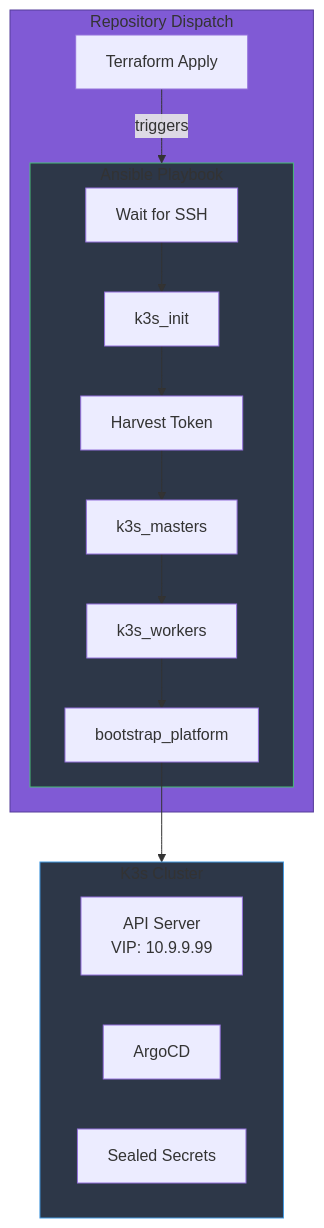
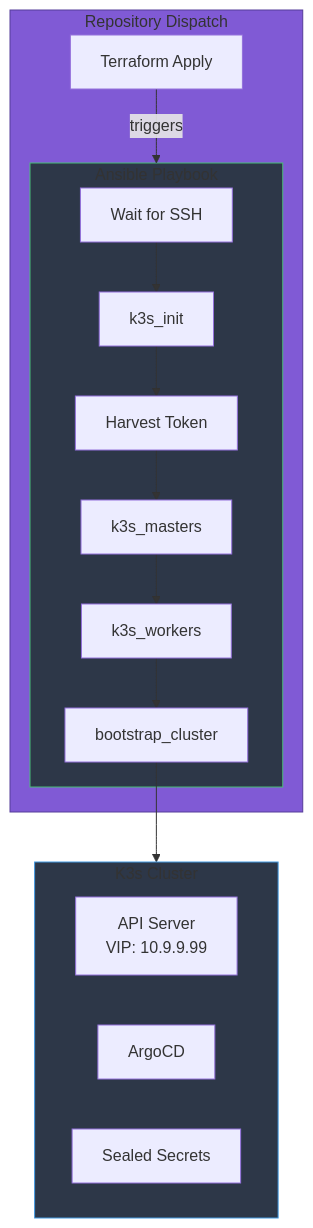
Before and after one commit to Starktastic-Homelab/ansible: the first of 5 diagrams in README.md, drawn with Mermaid. The commit also changed other lines of this file and 7 other files, not shown here.

````diff
--- a/README.md
+++ b/README.md
@@ -14,26 +14,26 @@
 ```mermaid
 flowchart TB
     subgraph Dispatch["Repository Dispatch"]
         Terraform[Terraform Apply] -->|triggers| Ansible
     end
     
     subgraph Ansible["Ansible Playbook"]
         Wait[Wait for SSH] --> Init[k3s_init]
         Init --> Token[Harvest Token]
         Token --> Masters[k3s_masters]
         Masters --> Workers[k3s_workers]
-        Workers --> Bootstrap[bootstrap_platform]
+        Workers --> Bootstrap[bootstrap_cluster]
     end
     
     subgraph Cluster["K3s Cluster"]
         API[API Server<br/>VIP: 10.9.9.99]
         ArgoCD[ArgoCD]
         Secrets[Sealed Secrets]
     end
     
     Bootstrap --> Cluster
     
     style Dispatch fill:#805ad5,stroke:#553c9a
     style Ansible fill:#2d3748,stroke:#48bb78
     style Cluster fill:#2d3748,stroke:#4299e1
 ```
````
